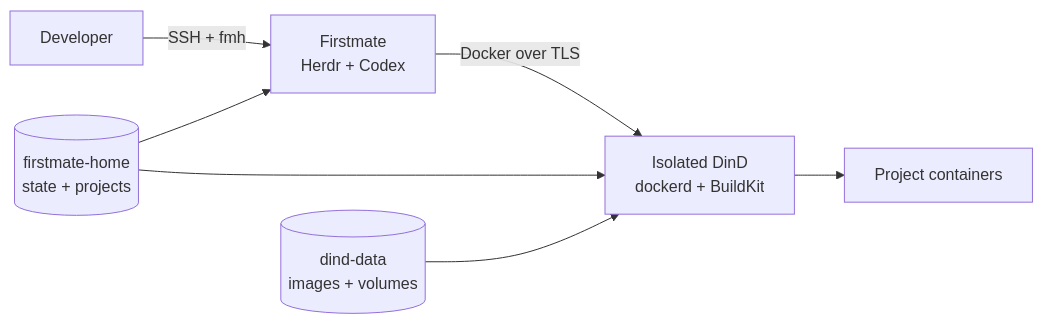
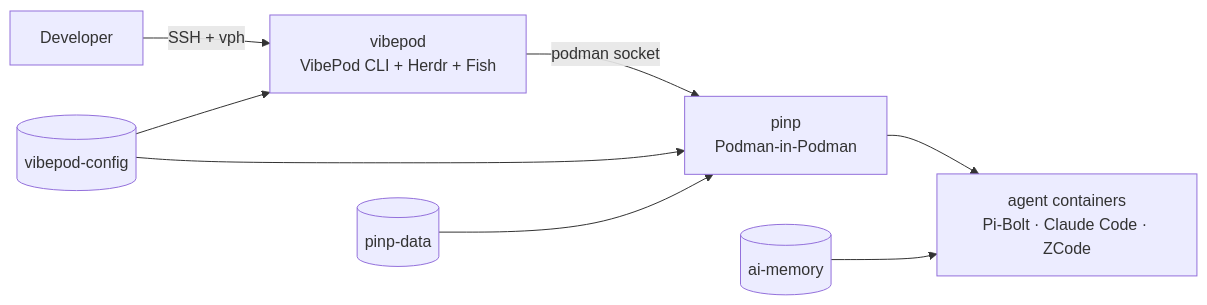
Before and after one commit to yuyuimoe/secure-ai-homelab: the diagram in docs/concepts/architecture.md, drawn with Mermaid. The commit also changed other lines of this file and 43 other files, not shown here.

First line of the commit message:
chore: checkpoint VibePod Homelab rebrand

````diff
--- a/docs/concepts/architecture.md
+++ b/docs/concepts/architecture.md
@@ -7,10 +7,10 @@
 ```mermaid
 flowchart LR
-    DEV[Developer] -->|SSH + fmh| FM[Firstmate<br/>Herdr + Codex]
-    FM -->|Docker over TLS| DIND[Isolated DinD<br/>dockerd + BuildKit]
-    DIND --> APPS[Project containers]
-
-    HOME[(firstmate-home<br/>state + projects)] --> FM
-    HOME --> DIND
-    DATA[(dind-data<br/>images + volumes)] --> DIND
+    DEV[Developer] -->|SSH + vph| VP[vibepod<br/>VibePod CLI + Herdr + Fish]
+    VP -->|podman socket| PINP[pinp<br/>Podman-in-Podman]
+    PINP --> AGENTS[agent containers<br/>Pi-Bolt · Claude Code · ZCode]
+    MEM[(ai-memory)] --> AGENTS
+    CFG[(vibepod-config)] --> VP
+    CFG --> PINP
+    DATA[(pinp-data)] --> PINP
 ```
````
